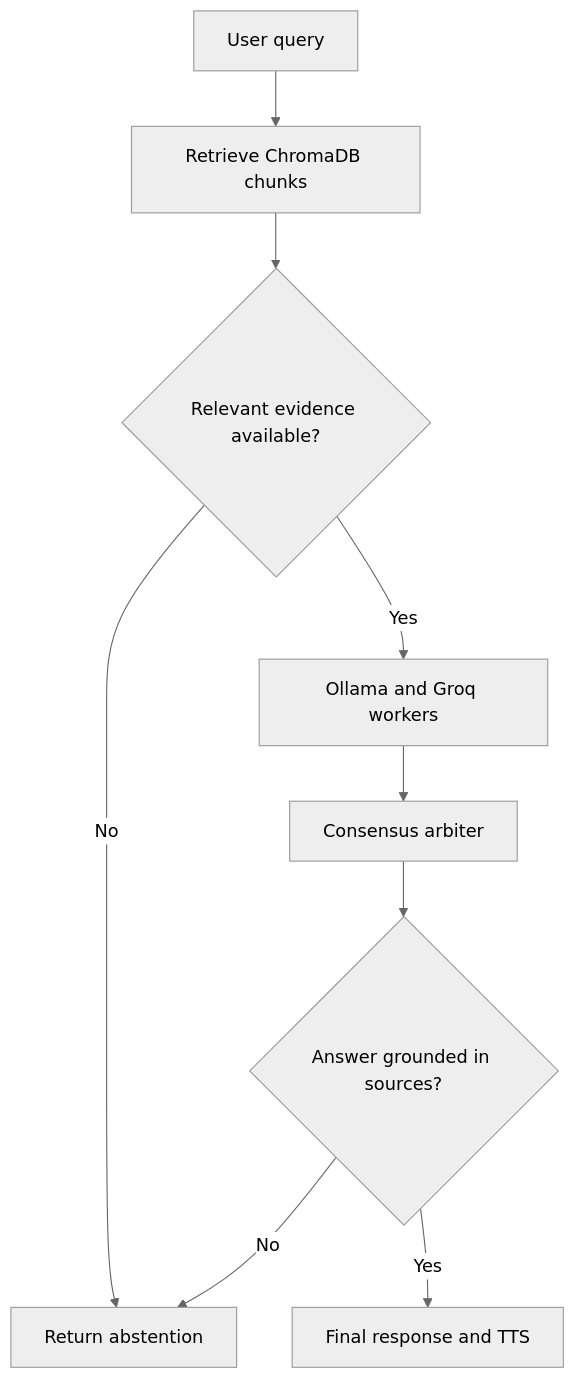
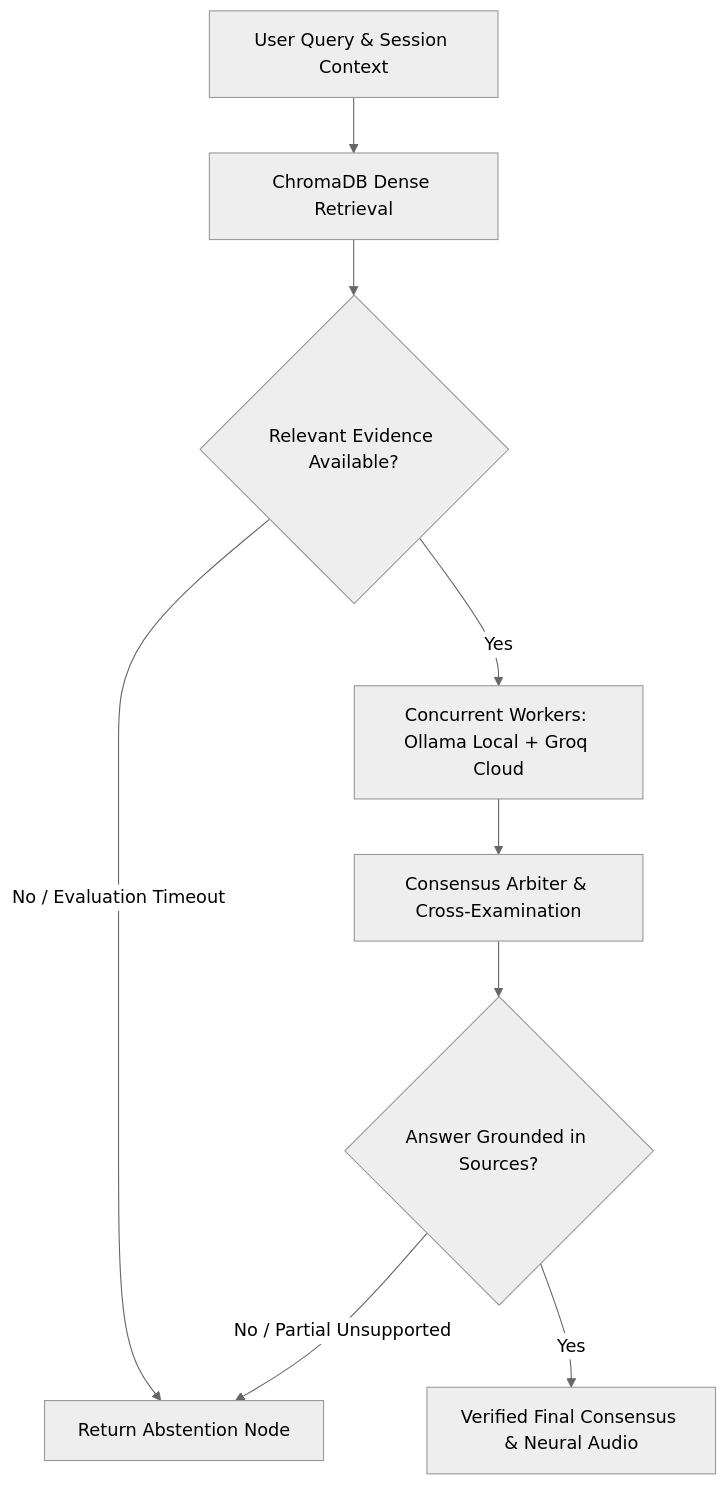
Before and after one commit to Bimal-Prakash/RagObot: the diagram in README.md, drawn with Mermaid (neutral theme). The commit also changed other lines of this file and 11 other files, not shown here.

````diff
--- a/README.md
+++ b/README.md
@@ -10,11 +17,11 @@
 ```mermaid
 flowchart TD
-    A[User query] --> B[Retrieve ChromaDB chunks]
-    B --> C{Relevant evidence available?}
-    C -- No --> D[Return abstention]
-    C -- Yes --> E[Ollama and Groq workers]
-    E --> F[Consensus arbiter]
-    F --> G{Answer grounded in sources?}
-    G -- No --> D
-    G -- Yes --> H[Final response and TTS]
+    A[User Query & Session Context] --> B[ChromaDB Dense Retrieval]
+    B --> C{Relevant Evidence Available?}
+    C -- No / Evaluation Timeout --> D[Return Abstention Node]
+    C -- Yes --> E[Concurrent Workers: Ollama Local + Groq Cloud]
+    E --> F[Consensus Arbiter & Cross-Examination]
+    F --> G{Answer Grounded in Sources?}
+    G -- No / Partial Unsupported --> D
+    G -- Yes --> H[Verified Final Consensus & Neural Audio]
 ```
````
